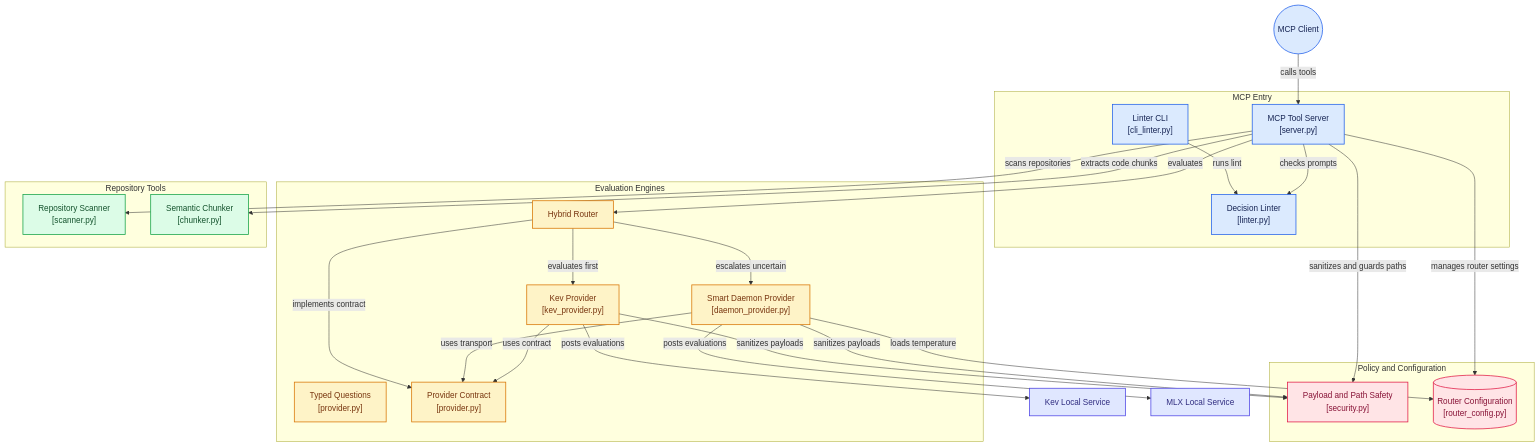
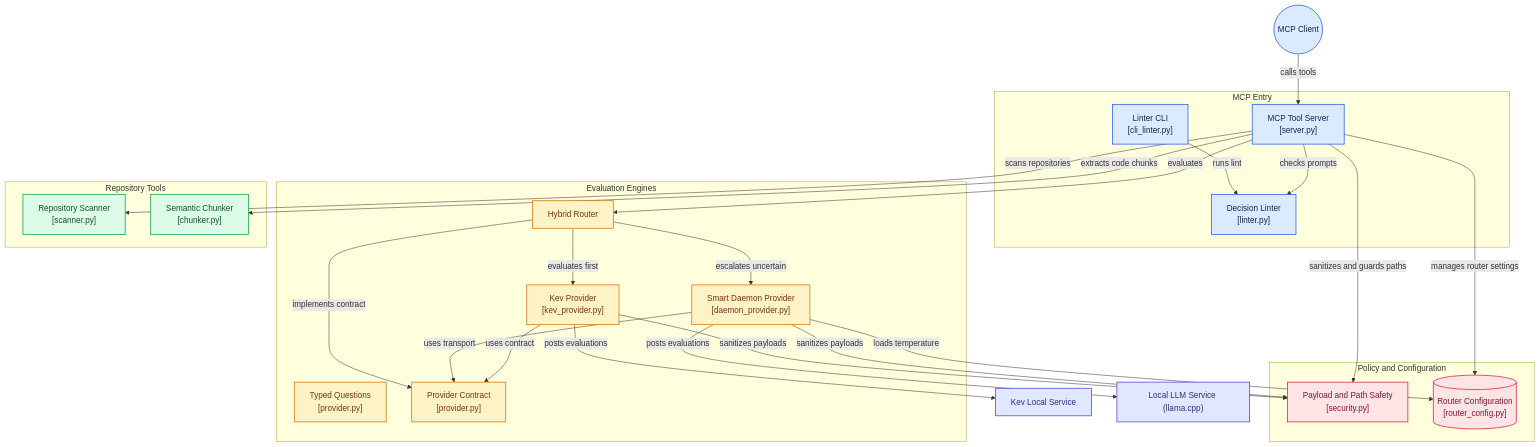
Before and after one commit to eepstein201/jev-mcp: the first of 2 diagrams in README.md, drawn with Mermaid. The commit also changed other lines of this file and 5 other files, not shown here.

Commit message:
fix: update lingering mlx_lm references to llama-server across codebase

````diff
--- a/README.md
+++ b/README.md
@@ -11,77 +11,77 @@
 ```mermaid
 %% Generated by https://gitdiagram.com/eepstein201/jev-mcp
 flowchart TD
 
 subgraph group_entry["MCP Entry"]
   node_server["MCP Tool Server<br/>[server.py]"]
   node_lint["Decision Linter<br/>[linter.py]"]
   node_cli["Linter CLI<br/>[cli_linter.py]"]
 end
 
 subgraph group_routing["Evaluation Engines"]
   node_question["Typed Questions<br/>[provider.py]"]
   node_router["Hybrid Router"]
   node_kev["Kev Provider<br/>[kev_provider.py]"]
   node_daemon["Smart Daemon Provider<br/>[daemon_provider.py]"]
   node_provider["Provider Contract<br/>[provider.py]"]
 end
 
 subgraph group_repo["Repository Tools"]
   node_scanner["Repository Scanner<br/>[scanner.py]"]
   node_chunker["Semantic Chunker<br/>[chunker.py]"]
 end
 
 subgraph group_safety["Policy and Configuration"]
   node_security["Payload and Path Safety<br/>[security.py]"]
   node_config[("Router Configuration<br/>[router_config.py]")]
 end
 
 node_client(("MCP Client"))
 node_fastservice["Kev Local Service"]
-node_smartservice["MLX Local Service"]
+node_smartservice["Local LLM Service (llama.cpp)"]
 
 node_client -->|"calls tools"| node_server
 node_server -->|"evaluates"| node_router
 node_router -->|"evaluates first"| node_kev
 node_router -->|"escalates uncertain"| node_daemon
 node_kev -->|"posts evaluations"| node_fastservice
 node_daemon -->|"posts evaluations"| node_smartservice
 node_kev -->|"uses contract"| node_provider
 node_daemon -->|"uses transport"| node_provider
 node_router -->|"implements contract"| node_provider
 node_server -->|"checks prompts"| node_lint
 node_cli -->|"runs lint"| node_lint
 node_server -->|"scans repositories"| node_scanner
 node_server -->|"extracts code chunks"| node_chunker
 node_server -->|"sanitizes and guards paths"| node_security
 node_server -->|"manages router settings"| node_config
 node_daemon -->|"loads temperature"| node_config
 node_daemon -->|"sanitizes payloads"| node_security
 node_kev -->|"sanitizes payloads"| node_security
 
 click node_server "https://github.com/eepstein201/jev-mcp/blob/main/src/jev_mcp/server.py"
 click node_question "https://github.com/eepstein201/jev-mcp/blob/main/src/jev_mcp/provider.py"
 click node_router "https://github.com/eepstein201/jev-mcp/blob/main/src/jev_mcp/routing_provider.py"
 click node_kev "https://github.com/eepstein201/jev-mcp/blob/main/src/jev_mcp/kev_provider.py"
 click node_daemon "https://github.com/eepstein201/jev-mcp/blob/main/src/jev_mcp/daemon_provider.py"
 click node_lint "https://github.com/eepstein201/jev-mcp/blob/main/src/jev_mcp/linter.py"
 click node_cli "https://github.com/eepstein201/jev-mcp/blob/main/src/jev_mcp/cli_linter.py"
 click node_scanner "https://github.com/eepstein201/jev-mcp/blob/main/src/jev_mcp/scanner.py"
 click node_chunker "https://github.com/eepstein201/jev-mcp/blob/main/src/jev_mcp/chunker.py"
 click node_security "https://github.com/eepstein201/jev-mcp/blob/main/src/jev_mcp/security.py"
 click node_config "https://github.com/eepstein201/jev-mcp/blob/main/src/jev_mcp/router_config.py"
 click node_provider "https://github.com/eepstein201/jev-mcp/blob/main/src/jev_mcp/provider.py"
 
 classDef toneNeutral fill:#f8fafc,stroke:#334155,stroke-width:1.5px,color:#0f172a
 classDef toneBlue fill:#dbeafe,stroke:#2563eb,stroke-width:1.5px,color:#172554
 classDef toneAmber fill:#fef3c7,stroke:#d97706,stroke-width:1.5px,color:#78350f
 classDef toneMint fill:#dcfce7,stroke:#16a34a,stroke-width:1.5px,color:#14532d
 classDef toneRose fill:#ffe4e6,stroke:#e11d48,stroke-width:1.5px,color:#881337
 classDef toneIndigo fill:#e0e7ff,stroke:#4f46e5,stroke-width:1.5px,color:#312e81
 classDef toneTeal fill:#ccfbf1,stroke:#0f766e,stroke-width:1.5px,color:#134e4a
 class node_server,node_lint,node_cli,node_client toneBlue
 class node_question,node_router,node_kev,node_daemon,node_provider toneAmber
 class node_scanner,node_chunker toneMint
 class node_security,node_config toneRose
 class node_fastservice,node_smartservice toneIndigo
 ```
````
